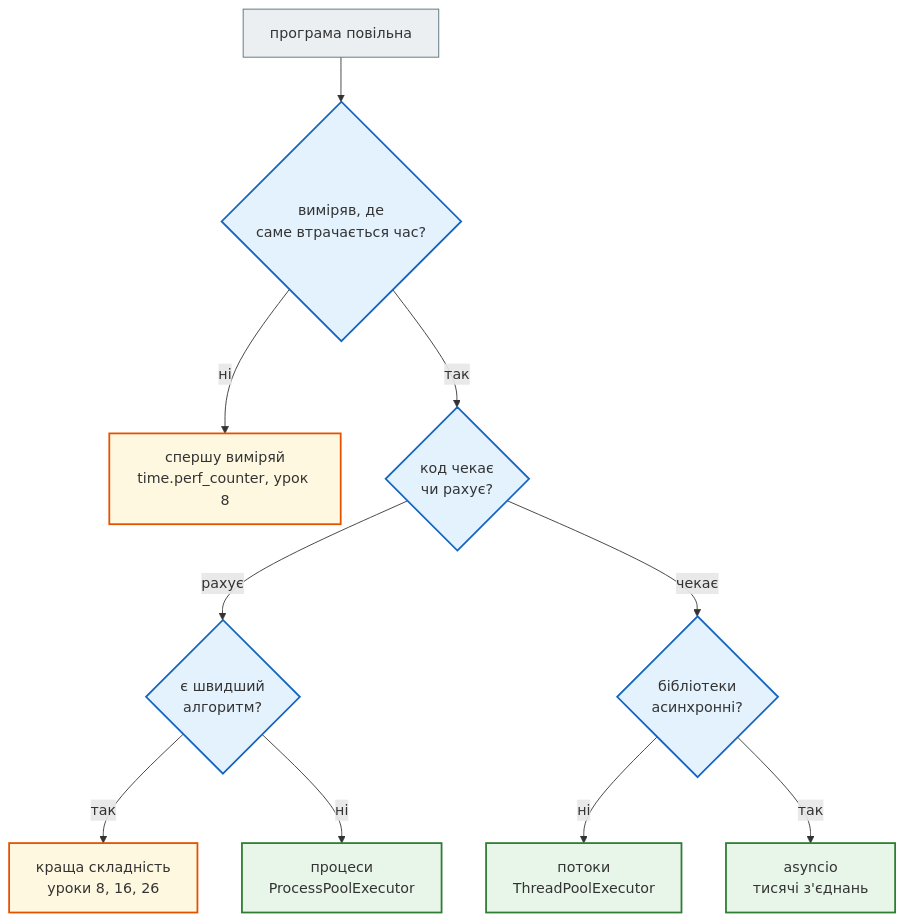
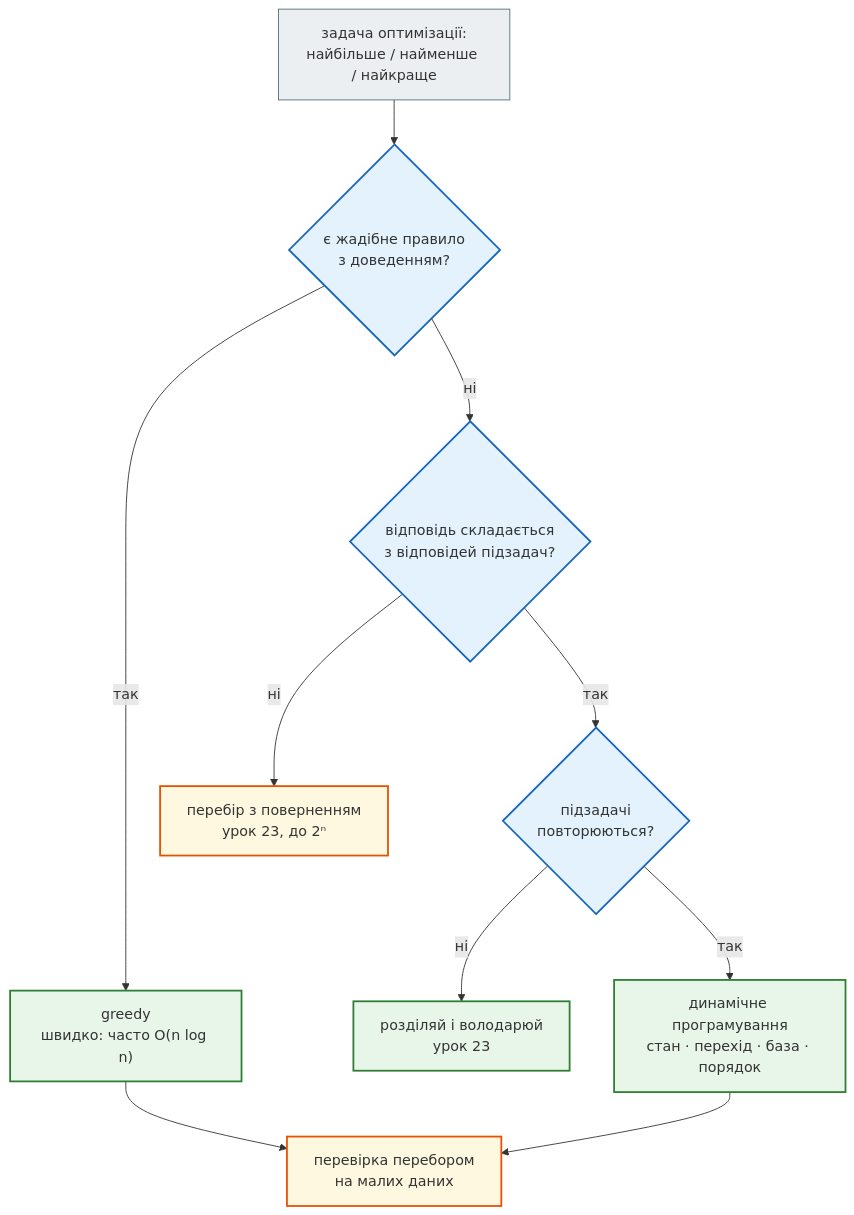
The fifth of 5 diagrams in docs/modules/m2/lesson_27.md (AlinaRadchenko/PY-Course-Victor-Nikoriak-22-09-2026), drawn with Mermaid before and after one commit. The commit also changed other lines of this file and 1846 other files, not shown here.

````diff
--- a/docs/modules/m2/lesson_27.md
+++ b/docs/modules/m2/lesson_27.md
@@ -502,23 +612,24 @@
 ```mermaid
 flowchart TD
     classDef step     fill:#eceff1,stroke:#546e7a,stroke-width:1px;
     classDef decision fill:#e3f2fd,stroke:#1565c0,stroke-width:2px;
     classDef success  fill:#e8f5e9,stroke:#2e7d32,stroke-width:2px;
     classDef error    fill:#ffebee,stroke:#c62828,stroke-width:3px;
     classDef warning  fill:#fff8e1,stroke:#e65100,stroke-width:2px;
 
-    Q["програма повільна"] --> M{"виміряв, де<br>саме втрачається час?"}
-    M -- ні --> ME["спершу виміряй<br>time.perf_counter, урок 8"]
-    M -- так --> K{"код чекає<br>чи рахує?"}
-    K -- рахує --> ALG{"є швидший<br>алгоритм?"}
-    ALG -- так --> A["краща складність<br>уроки 8, 16, 26"]
-    ALG -- ні --> PR["процеси<br>ProcessPoolExecutor"]
-    K -- чекає --> LIB{"бібліотеки<br>асинхронні?"}
-    LIB -- ні --> TH["потоки<br>ThreadPoolExecutor"]
-    LIB -- так --> AS["asyncio<br>тисячі з'єднань"]
+    Q["задача оптимізації:<br>найбільше / найменше / найкраще"] --> G{"є жадібне правило<br>з доведенням?"}
+    G -- так --> GR["greedy<br>швидко: часто O(n log n)"]
+    G -- ні --> S{"відповідь складається<br>з відповідей підзадач?"}
+    S -- ні --> BF["перебір з поверненням<br>урок 23, до 2ⁿ"]
+    S -- так --> O{"підзадачі<br>повторюються?"}
+    O -- ні --> DC["розділяй і володарюй<br>урок 23"]
+    O -- так --> DP["динамічне програмування<br>стан · перехід · база · порядок"]
+    GR --> T["перевірка перебором<br>на малих даних"]
+    DP --> T
 
     class Q step
-    class M,K,ALG,LIB decision
-    class ME,A warning
-    class PR,TH,AS success
+    class G,S,O decision
+    class GR,DP,DC success
+    class BF warning
+    class T warning
 ```
````
